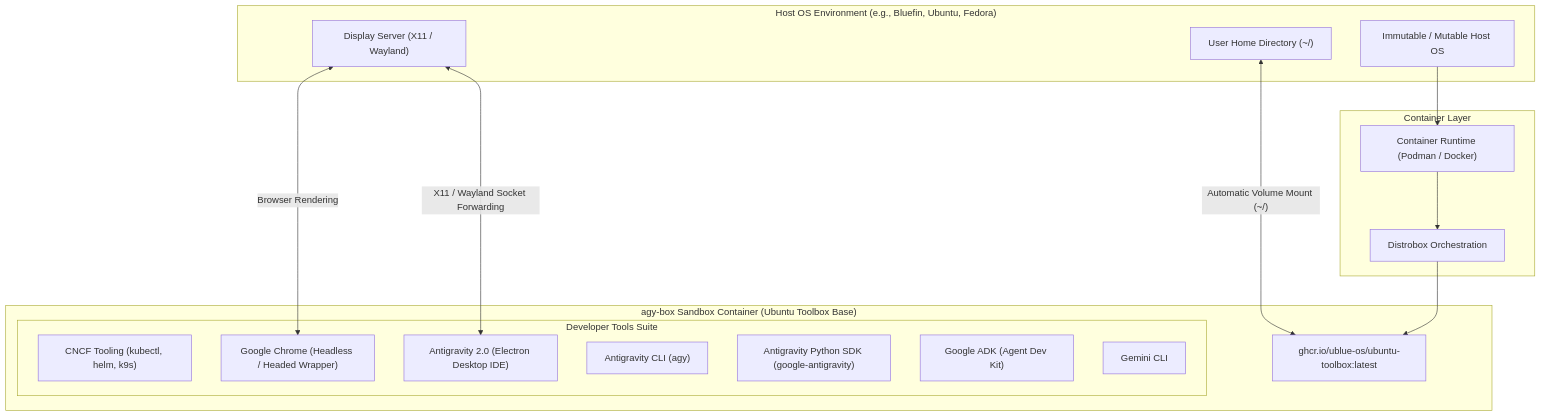
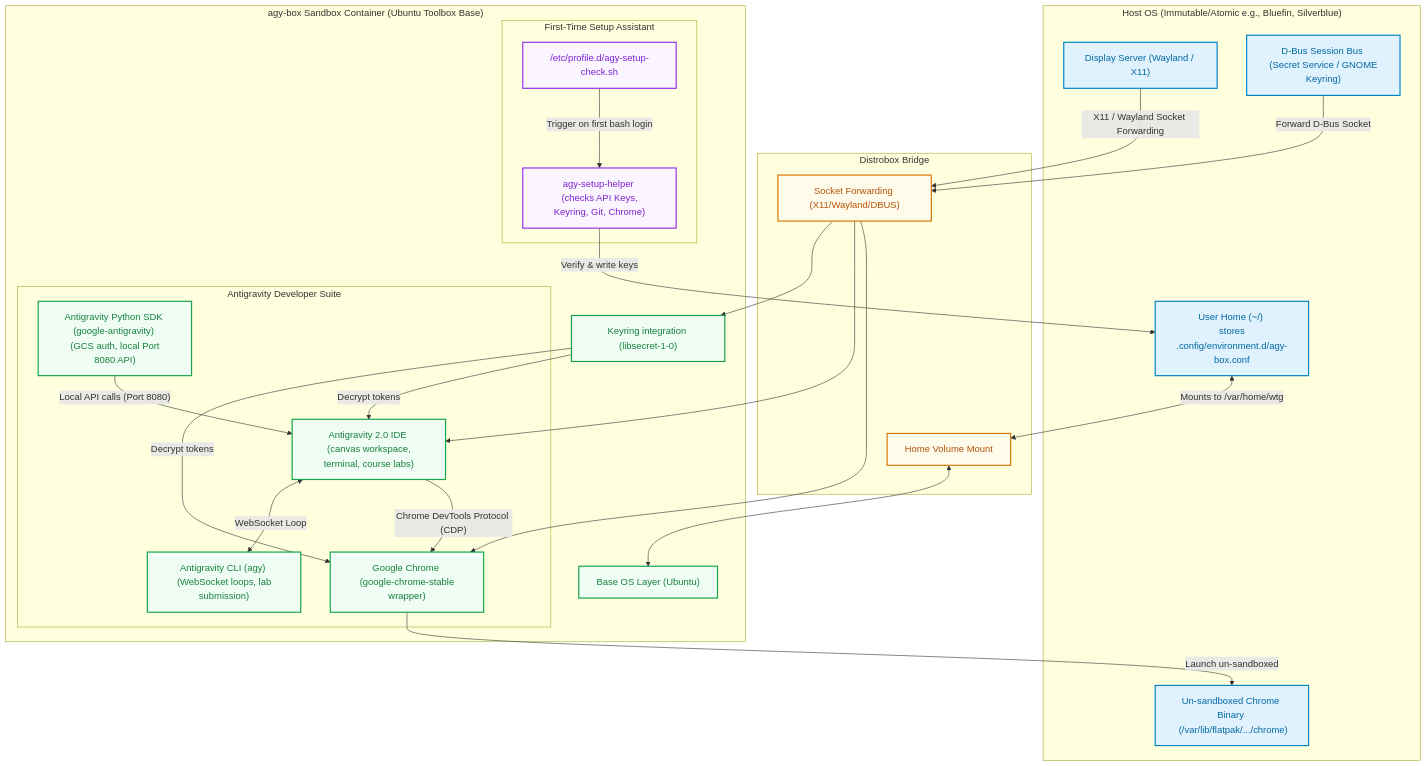
One commit to wtg-codes/agy-box changed the first of 2 diagrams in README.md. Above: the diagram before and after it, drawn with Mermaid. The commit also changed other lines of this file and 5 other files, not shown here.

Commit message:
docs: update architecture diagrams, guides, and integrate first-time setup assistant

````diff
--- a/README.md
+++ b/README.md
@@ -46,33 +69,62 @@
 ```mermaid
 graph TD
-    subgraph Host ["Host OS Environment (e.g., Bluefin, Ubuntu, Fedora)"]
-        HostOS["Immutable / Mutable Host OS"]
-        DisplayServer["Display Server (X11 / Wayland)"]
-        UserHome["User Home Directory (~/)"]
+    subgraph Host ["Host OS (Immutable/Atomic e.g., Bluefin, Silverblue)"]
+        UserHome["User Home (~/) <br> stores .config/environment.d/agy-box.conf"]
+        Display["Display Server (Wayland / X11)"]
+        DBus["D-Bus Session Bus <br> (Secret Service / GNOME Keyring)"]
+        FlatpakChrome["Un-sandboxed Chrome Binary <br> (/var/lib/flatpak/.../chrome)"]
     end
 
-    subgraph ContainerEngine ["Container Layer"]
-        Engine["Container Runtime (Podman / Docker)"]
-        Distrobox["Distrobox Orchestration"]
+    subgraph Bridge ["Distrobox Bridge"]
+        MountHome["Home Volume Mount"]
+        ForwardSockets["Socket Forwarding (X11/Wayland/DBUS)"]
     end
 
     subgraph Sandbox ["agy-box Sandbox Container (Ubuntu Toolbox Base)"]
-        BaseImage["ghcr.io/ublue-os/ubuntu-toolbox:latest"]
-        subgraph ToolSuite ["Developer Tools Suite"]
-            CNCF["CNCF Tooling (kubectl, helm, k9s)"]
-            Chrome["Google Chrome (Headless / Headed Wrapper)"]
-            AGY_IDE["Antigravity 2.0 (Electron Desktop IDE)"]
-            AGY_CLI["Antigravity CLI (agy)"]
-            AGY_SDK["Antigravity Python SDK (google-antigravity)"]
-            ADK["Google ADK (Agent Dev Kit)"]
-            GeminiCLI["Gemini CLI"]
+        BaseOS["Base OS Layer (Ubuntu)"]
+        KeyringClient["Keyring integration (libsecret-1-0)"]
+        
+        subgraph Setup ["First-Time Setup Assistant"]
+            SetupHelper["agy-setup-helper <br> (checks API Keys, Keyring, Git, Chrome)"]
+            ProfileHook["/etc/profile.d/agy-setup-check.sh"]
+        end
+
+        subgraph Suite ["Antigravity Developer Suite"]
+            IDE["Antigravity 2.0 IDE <br> (canvas workspace, terminal, course labs)"]
+            CLI["Antigravity CLI (agy) <br> (WebSocket loops, lab submission)"]
+            SDK["Antigravity Python SDK (google-antigravity) <br> (GCS auth, local Port 8080 API)"]
+            ChromeWrapper["Google Chrome <br> (google-chrome-stable wrapper)"]
         end
     end
 
-    DisplayServer <-->|"X11 / Wayland Socket Forwarding"| AGY_IDE
-    DisplayServer <-->|"Browser Rendering"| Chrome
-    UserHome <-->|"Automatic Volume Mount (~/)"| BaseImage
-    HostOS --> Engine
-    Engine --> Distrobox
-    Distrobox --> BaseImage
+    UserHome <-->|"Mounts to /var/home/wtg"| MountHome
+    MountHome <--> BaseOS
+    
+    DBus -->|"Forward D-Bus Socket"| ForwardSockets
+    ForwardSockets --> KeyringClient
+    KeyringClient -->|"Decrypt tokens"| ChromeWrapper
+    KeyringClient -->|"Decrypt tokens"| IDE
+    
+    Display -->|"X11 / Wayland Socket Forwarding"| ForwardSockets
+    ForwardSockets --> IDE
+    ForwardSockets --> ChromeWrapper
+    
+    IDE <-->|"WebSocket Loop"| CLI
+    SDK -->|"Local API calls (Port 8080)"| IDE
+    IDE -->|"Chrome DevTools Protocol (CDP)"| ChromeWrapper
+    ChromeWrapper -->|"Launch un-sandboxed"| FlatpakChrome
+    
+    ProfileHook -->|"Trigger on first bash login"| SetupHelper
+    SetupHelper -->|"Verify & write keys"| UserHome
+
+    %% Modern Theme Styling
+    classDef host fill:#e0f2fe,stroke:#0284c7,stroke-width:2px,color:#0369a1;
+    classDef bridge fill:#fffbeb,stroke:#d97706,stroke-width:2px,color:#b45309;
+    classDef sandbox fill:#f0fdf4,stroke:#16a34a,stroke-width:2px,color:#15803d;
+    classDef setup fill:#faf5ff,stroke:#9333ea,stroke-width:2px,color:#7e22ce;
+
+    class UserHome,Display,DBus,FlatpakChrome host;
+    class MountHome,ForwardSockets bridge;
+    class BaseOS,KeyringClient,IDE,CLI,SDK,ChromeWrapper sandbox;
+    class SetupHelper,ProfileHook setup;
 ```
````
